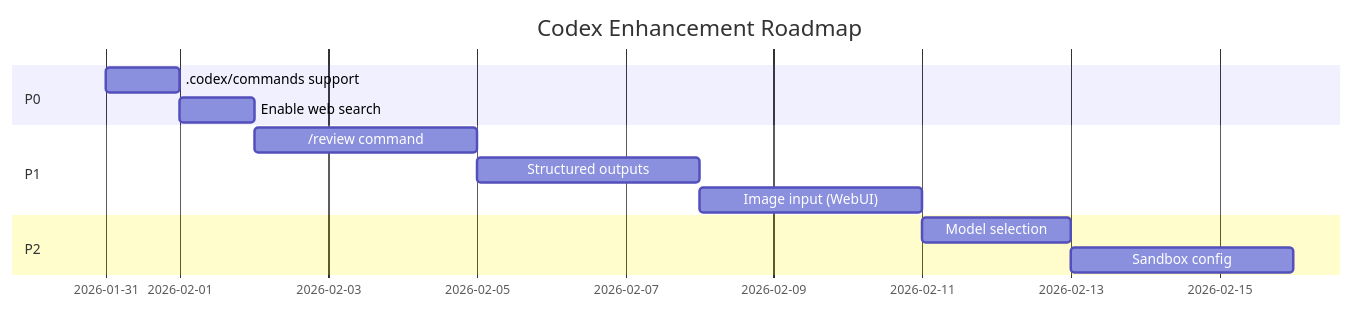
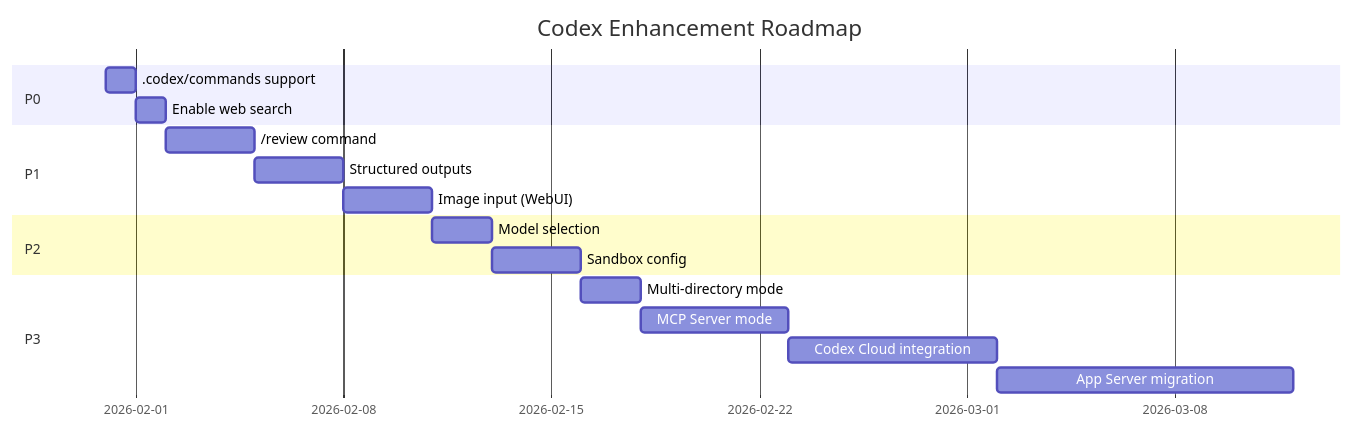
Before and after one commit to imKXNNY/Remote-Agentic-Coding-System: the diagram in .agent/plans/codex-enhancement-backlog.md, drawn with Mermaid. The commit also changed other lines of this file and 14 other files, not shown here.

First line of the commit message:
chore: comprehensive codex integration & P3 enhancements (#Phase16)

````diff
--- a/.agent/plans/codex-enhancement-backlog.md
+++ b/.agent/plans/codex-enhancement-backlog.md
@@ -140,15 +141,20 @@
 ```mermaid
 gantt
     title Codex Enhancement Roadmap
     dateFormat  YYYY-MM-DD
     section P0
     .codex/commands support    :p0-1, 2026-01-31, 1d
     Enable web search          :p0-2, after p0-1, 1d
     section P1
     /review command            :p1-3, after p0-2, 3d
     Structured outputs         :p1-4, after p1-3, 3d
     Image input (WebUI)        :p1-5, after p1-4, 3d
     section P2
     Model selection            :p2-6, after p1-5, 2d
     Sandbox config             :p2-7, after p2-6, 3d
+    section P3
+    Multi-directory mode       :p3-12, after p2-7, 2d
+    MCP Server mode            :p3-11, after p3-12, 5d
+    Codex Cloud integration    :p3-9, after p3-11, 7d
+    App Server migration       :p3-10, after p3-9, 10d
 ```
````
